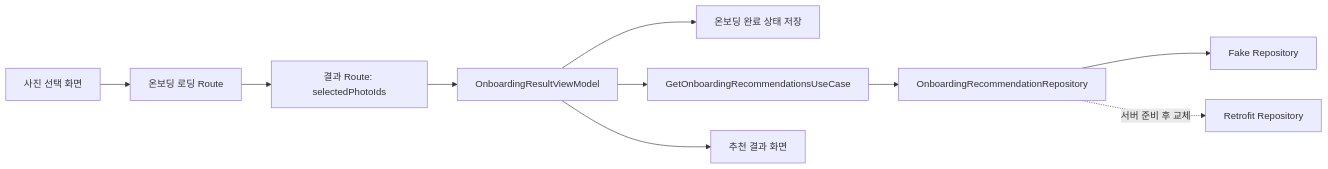
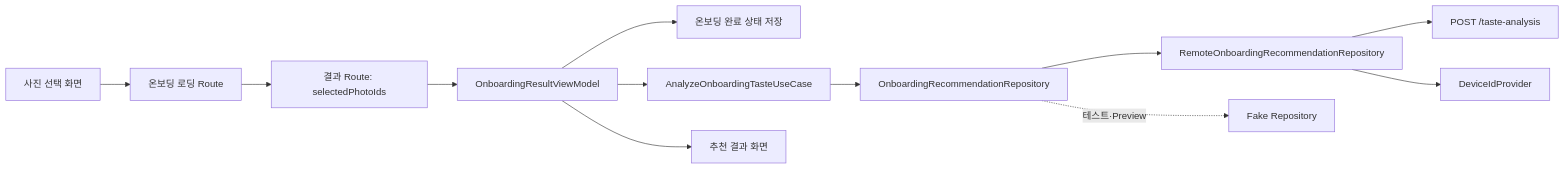
Before and after one commit to SAIRO14/SAIRO-ANDROID: the diagram in docs/intermediate/onboarding-recommendation-flow.md, drawn with Mermaid. The commit also changed other lines of this file and 9 other files, not shown here.

Commit message:
feat/#47: 추천 API Repository 추가

````diff
--- a/docs/intermediate/onboarding-recommendation-flow.md
+++ b/docs/intermediate/onboarding-recommendation-flow.md
@@ -43,12 +45,14 @@
 ```mermaid
 flowchart LR
     P["사진 선택 화면"] --> L["온보딩 로딩 Route"]
     L --> R["결과 Route: selectedPhotoIds"]
     R --> VM["OnboardingResultViewModel"]
     VM --> M["온보딩 완료 상태 저장"]
-    VM --> UC["GetOnboardingRecommendationsUseCase"]
+    VM --> UC["AnalyzeOnboardingTasteUseCase"]
     UC --> RI["OnboardingRecommendationRepository"]
-    RI --> FR["Fake Repository"]
-    RI -. "서버 준비 후 교체" .-> API["Retrofit Repository"]
+    RI --> RR["RemoteOnboardingRecommendationRepository"]
+    RR --> API["POST /taste-analysis"]
+    RR --> DID["DeviceIdProvider"]
+    RI -. "테스트·Preview" .-> FR["Fake Repository"]
     VM --> UI["추천 결과 화면"]
 ```
````
